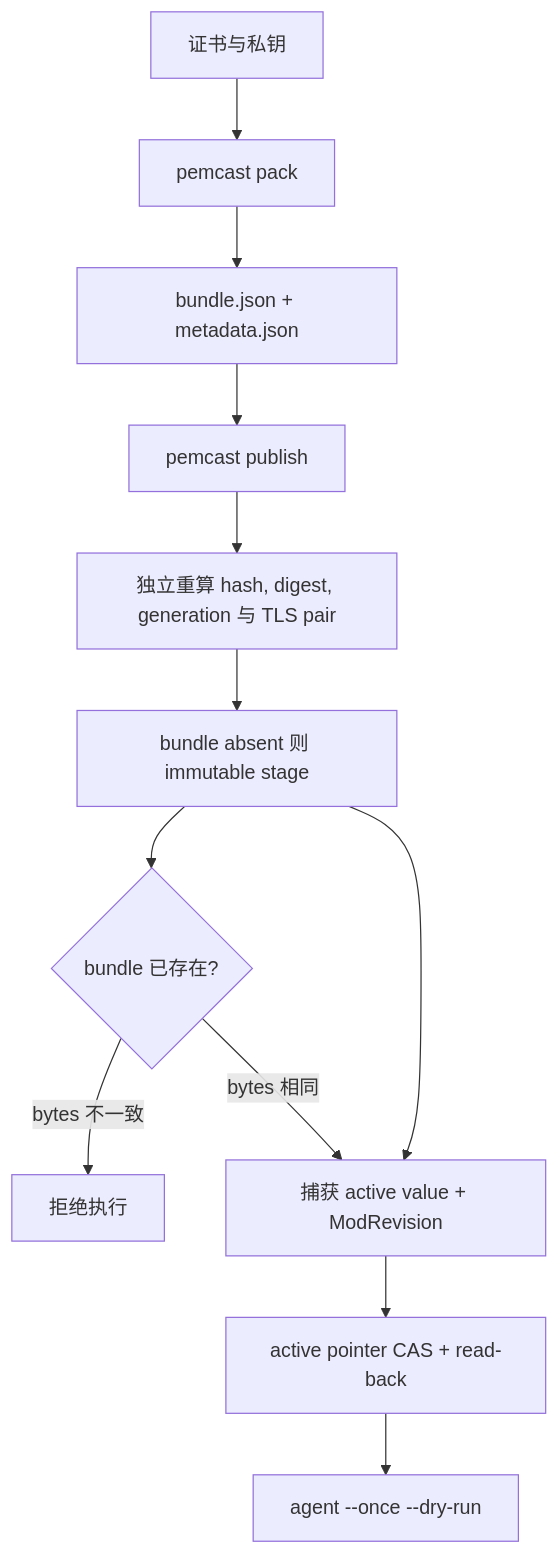
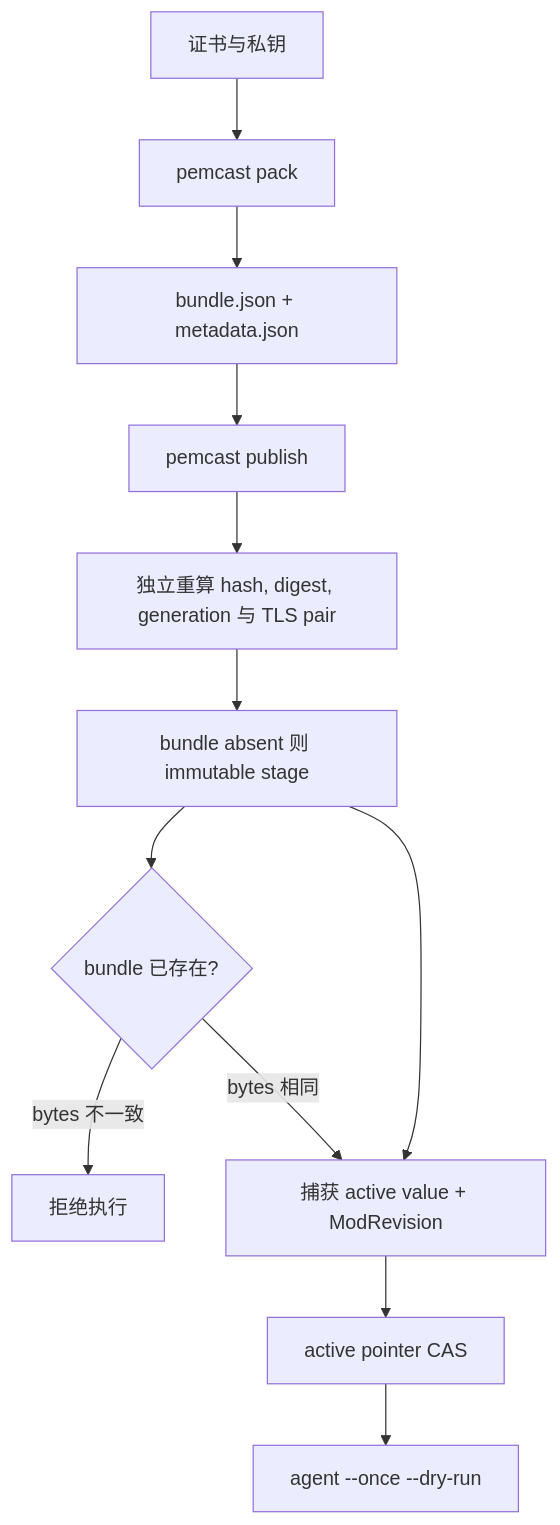
One commit to lwmacct/260907-pemcast changed the diagram in .agents/skills/repo-deployment/references/publishing.md. Above: the diagram before and after it, drawn with Mermaid. The commit also changed other lines of this file and 13 other files, not shown here.

````diff
--- a/.agents/skills/repo-deployment/references/publishing.md
+++ b/.agents/skills/repo-deployment/references/publishing.md
@@ -12,14 +12,14 @@
 ```mermaid
 flowchart TD
     material["证书与私钥"] --> pack["pemcast pack"]
     pack --> artifacts["bundle.json + metadata.json"]
     artifacts --> publish["pemcast publish"]
     publish --> validate["独立重算 hash, digest, generation 与 TLS pair"]
     validate --> stage["bundle absent 则 immutable stage"]
     stage --> existing{"bundle 已存在?"}
     existing -->|"bytes 不一致"| stop["拒绝执行"]
     existing -->|"bytes 相同"| capture["捕获 active value + ModRevision"]
     stage --> capture
-    capture --> pointer["active pointer CAS + read-back"]
+    capture --> pointer["active pointer CAS"]
     pointer --> dryrun["agent --once --dry-run"]
 ```
````
